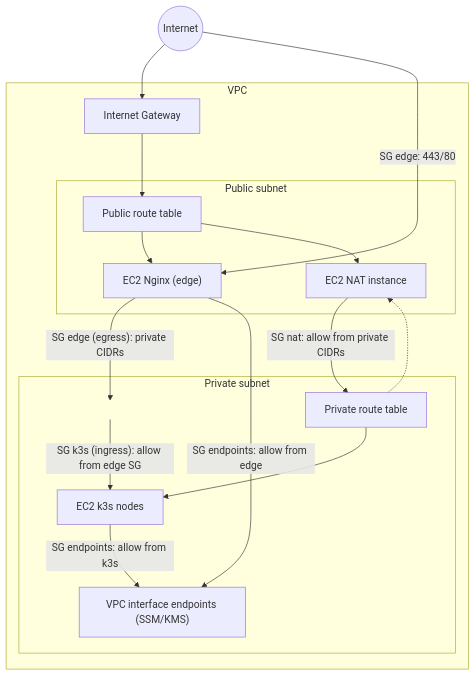
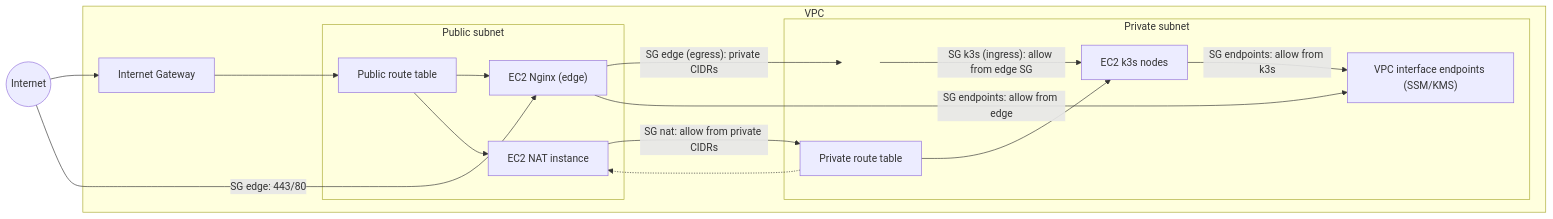
One commit to ClementV78/CloudRadar changed the second of 2 diagrams in docs/architecture/infrastructure.md. Above: the diagram before and after it, drawn with Mermaid.

Commit message:
docs(adr): document edge SSM VPC endpoints

````diff
--- a/docs/architecture/infrastructure.md
+++ b/docs/architecture/infrastructure.md
@@ -33,37 +33,37 @@
 ```mermaid
-flowchart TB
+flowchart LR
   internet((Internet))
 
   subgraph VPC["VPC"]
     igw["Internet Gateway"]
 
     subgraph Public["Public subnet"]
       publicRT["Public route table"]
       edge["EC2 Nginx (edge)"]
       nat["EC2 NAT instance"]
     end
 
     subgraph Private["Private subnet"]
       privateRT["Private route table"]
       k3s["EC2 k3s nodes"]
       ssmEndpoints["VPC interface endpoints (SSM/KMS)"]
       edgeToK3s[" "]
     end
   end
 
   internet --> igw
   igw --> publicRT
   publicRT --> edge
   publicRT --> nat
   privateRT --> k3s
   privateRT -.-> nat
 
   internet -- "SG edge: 443/80" --> edge
   edge -- "SG edge (egress): private CIDRs" --> edgeToK3s
   edgeToK3s -- "SG k3s (ingress): allow from edge SG" --> k3s
   edge -- "SG endpoints: allow from edge" --> ssmEndpoints
   k3s -- "SG endpoints: allow from k3s" --> ssmEndpoints
   nat -- "SG nat: allow from private CIDRs" --> privateRT
 
   style edgeToK3s fill:transparent,stroke:transparent,stroke-width:0px;
 ```
````
